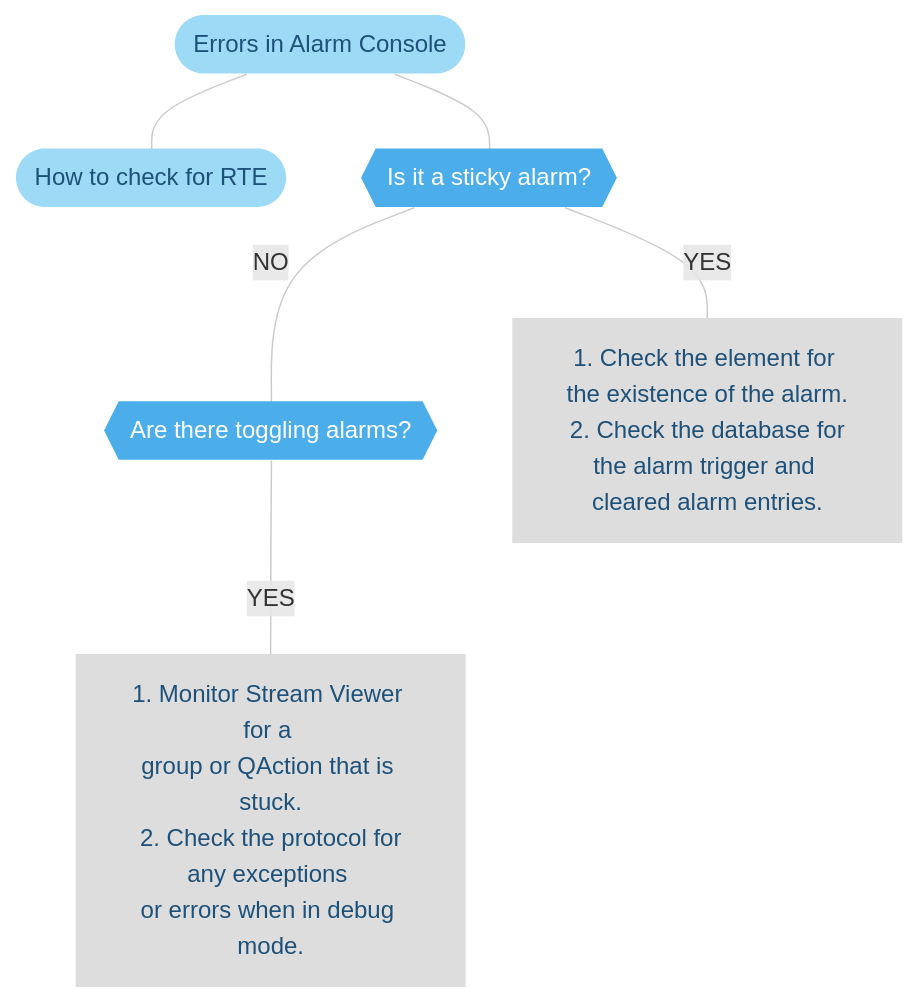
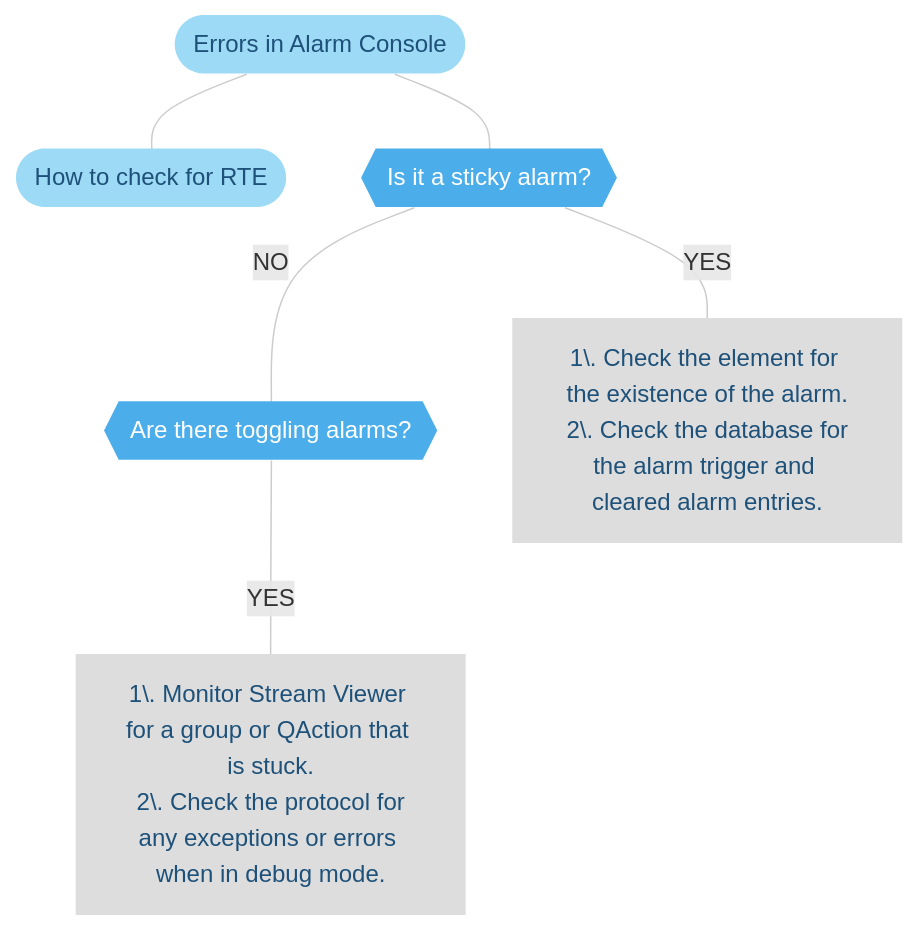
Before and after one commit to SkylineCommunications/dataminer-docs: the second of 2 diagrams in user-guide/Troubleshooting/Troubleshooting_Flowcharts/Troubleshooting_Critical_Issues/Troubleshooting_Critical_Issues_Alarm_Console.md, drawn with Mermaid. The commit also changed other lines of this file and 21 other files, not shown here.

````diff
--- a/user-guide/Troubleshooting/Troubleshooting_Flowcharts/Troubleshooting_Critical_Issues/Troubleshooting_Critical_Issues_Alarm_Console.md
+++ b/user-guide/Troubleshooting/Troubleshooting_Flowcharts/Troubleshooting_Critical_Issues/Troubleshooting_Critical_Issues_Alarm_Console.md
@@ -55,32 +55,32 @@
 ```mermaid
 flowchart TD
 %% Define styles %%
 linkStyle default stroke:#cccccc
 classDef LightBlue fill:#9DDAF5,stroke:#000070,stroke-width:0px, color:#1E5179;
 classDef Blue fill:#4BAEEA,stroke:#000070,stroke-width:0px, color:#FFFFFF;
 classDef DarkBlue fill:#1E5179,stroke:#000070,stroke-width:0px, color:#FFFFFF;
 classDef DarkGray fill:#58595B,stroke:#000070,stroke-width:0px, color:#FFFFFF;
 classDef Gray fill:#999999,stroke:#000070,stroke-width:0px, color:#FFFFFF;
 classDef LightGray fill:#DDDDDD,stroke:#000070,stroke-width:0px, color:#1E5179;
 %% Define blocks %%
 ErrorAlarmConsole([Errors in Alarm Console])
 RTE([How to check for RTE])
-Sticky{{"Is it a sticky alarm? <br/> "}}
-Toggling{{"Are there toggling alarms? <br/> "}}
-StickyYes["1. Check the element for the existence of the alarm.<br/> 2. Check the database for the alarm trigger and <br/>cleared alarm entries.<br/> "]
-TogglingYes["1. Monitor Stream Viewer for a <br/>group or QAction that is stuck.<br/> 2. Check the protocol for any exceptions <br/>or errors when in debug mode.<br/> "]
+Sticky{{"Is it a sticky alarm? "}}
+Toggling{{"Are there toggling alarms? "}}
+StickyYes["1\. Check the element for the existence of the alarm.<br/> 2\. Check the database for the alarm trigger and cleared alarm entries. "]
+TogglingYes["1\. Monitor Stream Viewer for a group or QAction that is stuck.<br/> 2\. Check the protocol for any exceptions or errors when in debug mode."]
 %% Connect blocks %%
 ErrorAlarmConsole --- Sticky
 ErrorAlarmConsole --- RTE
 Sticky --- |YES| StickyYes
 Sticky --- |NO| Toggling
 Toggling --- |YES| TogglingYes
 %% Define hyperlinks %%
 click RTE "/user-guide/Troubleshooting/Troubleshooting_Flowcharts/Troubleshooting_Identify_Per_Module/Alarm_Console/Troubleshooting_Run_Time_Errors.html" "How to check for RTE"
 %% Apply styles to blocks %%
 class Start DarkBlue;
 class Automaticrestart,DataNotUpdated,MachineoutofResources,ErrorAlarmConsole,RTE LightBlue;
 class StickyYes,TogglingYes LightGray;
 class Sticky,Toggling Blue;
 class Home,SLLogCollector,Investigation LightBlue;
 ```
````
